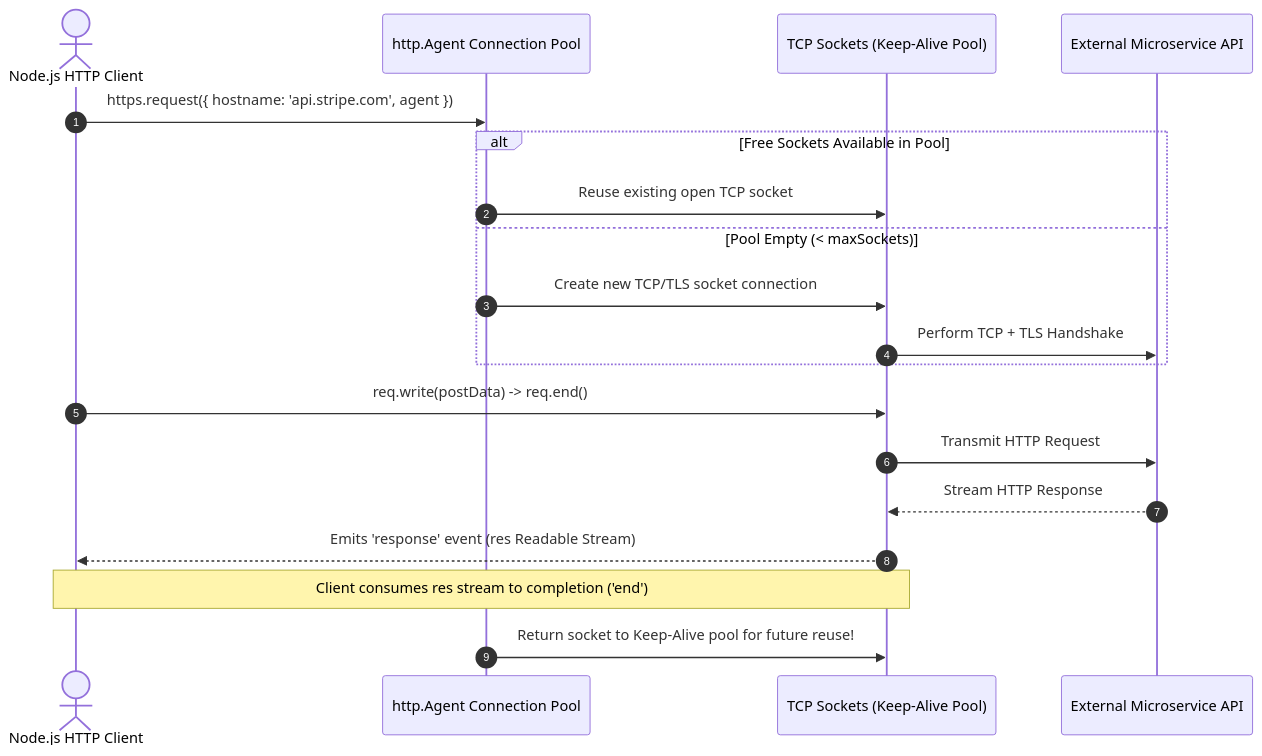
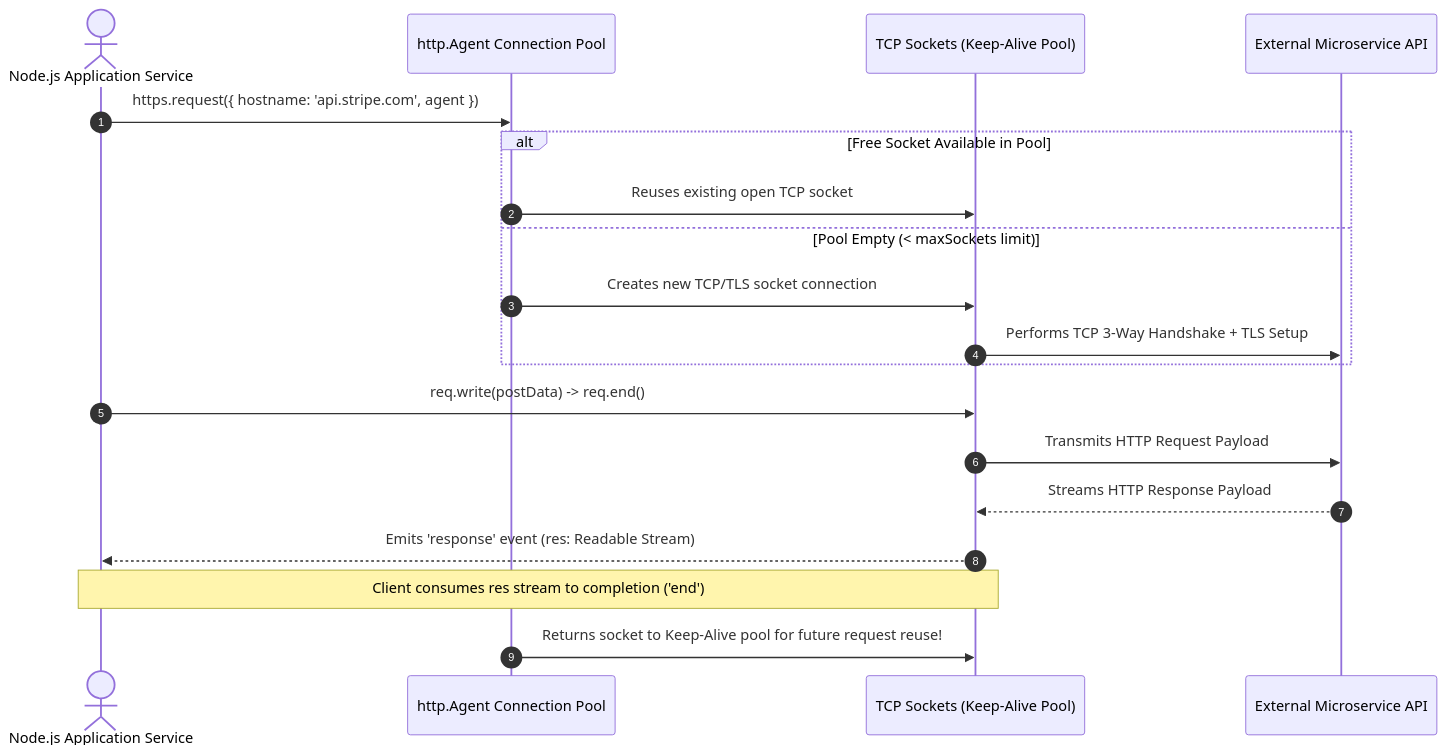
One commit to Amie-dev/engineering-playbook changed the first of 2 diagrams in nodejs-notes/13-http-client.md. Above: the diagram before and after it, drawn with Mermaid. The commit also changed other lines of this file and 31 other files, not shown here.

````diff
--- a/nodejs-notes/13-http-client.md
+++ b/nodejs-notes/13-http-client.md
@@ -17,25 +19,25 @@
 ```mermaid
 sequenceDiagram
     autonumber
-    actor Client as Node.js HTTP Client
+    actor Client as Node.js Application Service
     participant Agent as http.Agent Connection Pool
     participant Socket as TCP Sockets (Keep-Alive Pool)
     participant Remote as External Microservice API
 
     Client->>Agent: https.request({ hostname: 'api.stripe.com', agent })
     
-    alt Free Sockets Available in Pool
-        Agent->>Socket: Reuse existing open TCP socket
-    else Pool Empty (< maxSockets)
-        Agent->>Socket: Create new TCP/TLS socket connection
-        Socket->>Remote: Perform TCP + TLS Handshake
+    alt Free Socket Available in Pool
+        Agent->>Socket: Reuses existing open TCP socket
+    else Pool Empty (< maxSockets limit)
+        Agent->>Socket: Creates new TCP/TLS socket connection
+        Socket->>Remote: Performs TCP 3-Way Handshake + TLS Setup
     end
 
     Client->>Socket: req.write(postData) -> req.end()
-    Socket->>Remote: Transmit HTTP Request
-    Remote-->>Socket: Stream HTTP Response
-    Socket-->>Client: Emits 'response' event (res Readable Stream)
+    Socket->>Remote: Transmits HTTP Request Payload
+    Remote-->>Socket: Streams HTTP Response Payload
+    Socket-->>Client: Emits 'response' event (res: Readable Stream)
 
-    Note over Client,Socket: Client consumes res stream to completion ('end')
-    Agent->>Socket: Return socket to Keep-Alive pool for future reuse!
+    note over Client,Socket: Client consumes res stream to completion ('end')
+    Agent->>Socket: Returns socket to Keep-Alive pool for future request reuse!
 ```
````
